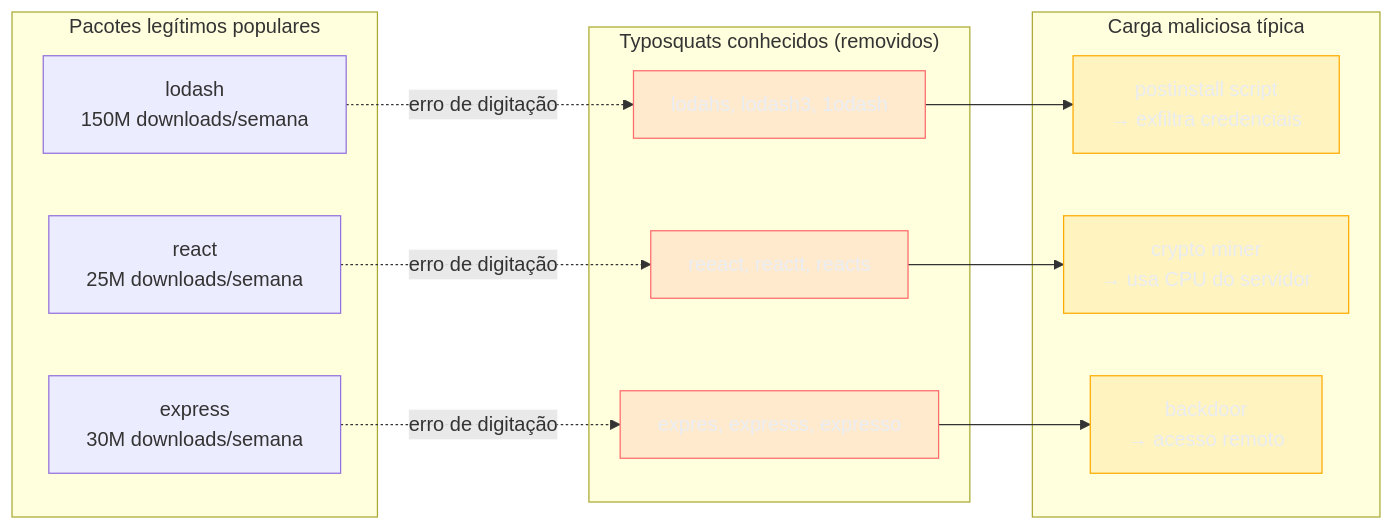
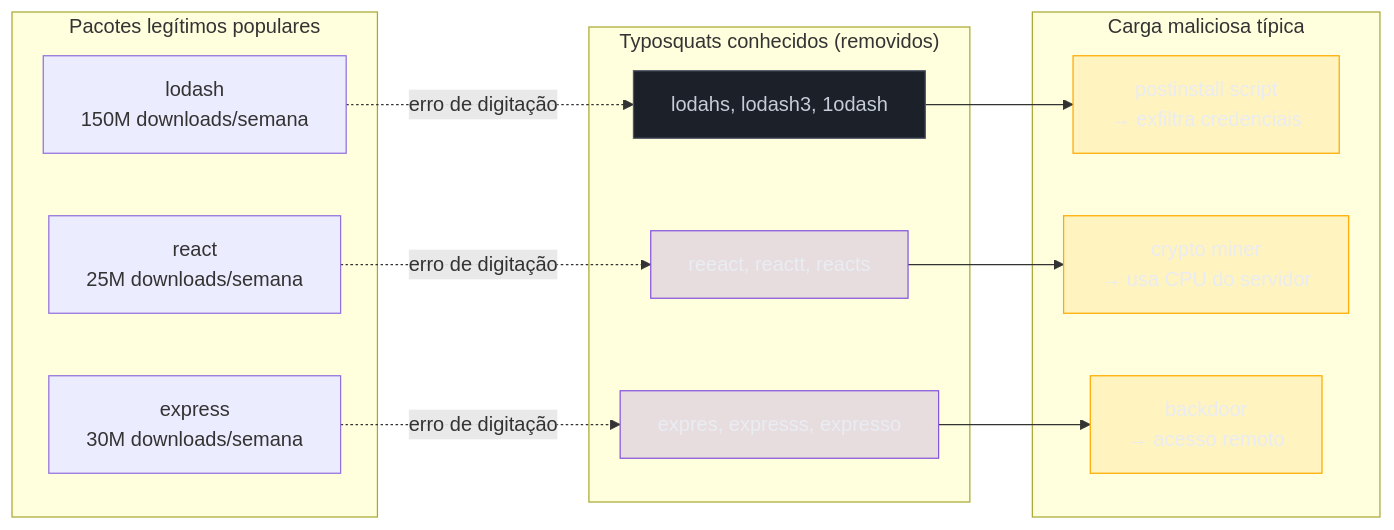
Before and after one commit to josenaldo/codex-technomanticus: the second of 7 diagrams in 03-Dominios/Tecnologia/Tooling e Build/24 - Supply chain e segurança de dependências.md, drawn with Mermaid. The commit also changed other lines of this file and 601 other files, not shown here.

````diff
--- a/03-Dominios/Tecnologia/Tooling e Build/24 - Supply chain e segurança de dependências.md
+++ b/03-Dominios/Tecnologia/Tooling e Build/24 - Supply chain e segurança de dependências.md
@@ -141,37 +141,38 @@
 ```mermaid
 graph LR
-    classDef falha fill:#FF6B6B24,stroke:#FF6B6B,color:#E9ECF2
+    classDef marca fill:#8855DF33,stroke:#8855DF,color:#E9ECF2
+    classDef neutro fill:#1B2029,stroke:#4E5666,color:#C6CCD8
     classDef destaque fill:#FFAA0024,stroke:#FFAA00,color:#E9ECF2
     subgraph "Pacotes legítimos populares"
         L1["lodash\n150M downloads/semana"]
         L2["react\n25M downloads/semana"]
         L3["express\n30M downloads/semana"]
     end
 
     subgraph "Typosquats conhecidos (removidos)"
         T1["lodahs, lodash3, 1odash"]
         T2["reeact, reactt, reacts"]
         T3["expres, expresss, expresso"]
     end
 
     subgraph "Carga maliciosa típica"
         M1["postinstall script\n→ exfiltra credenciais"]
         M2["crypto miner\n→ usa CPU do servidor"]
         M3["backdoor\n→ acesso remoto"]
     end
 
     L1 -.->|"erro de digitação"| T1
     L2 -.->|"erro de digitação"| T2
     L3 -.->|"erro de digitação"| T3
 
     T1 --> M1
     T2 --> M2
     T3 --> M3
 
-    class T1 falha
-    class T2 falha
-    class T3 falha
+    class T1 neutro
+    class T2 marca
+    class T3 marca
     class M1 destaque
     class M2 destaque
     class M3 destaque
 ```
````
